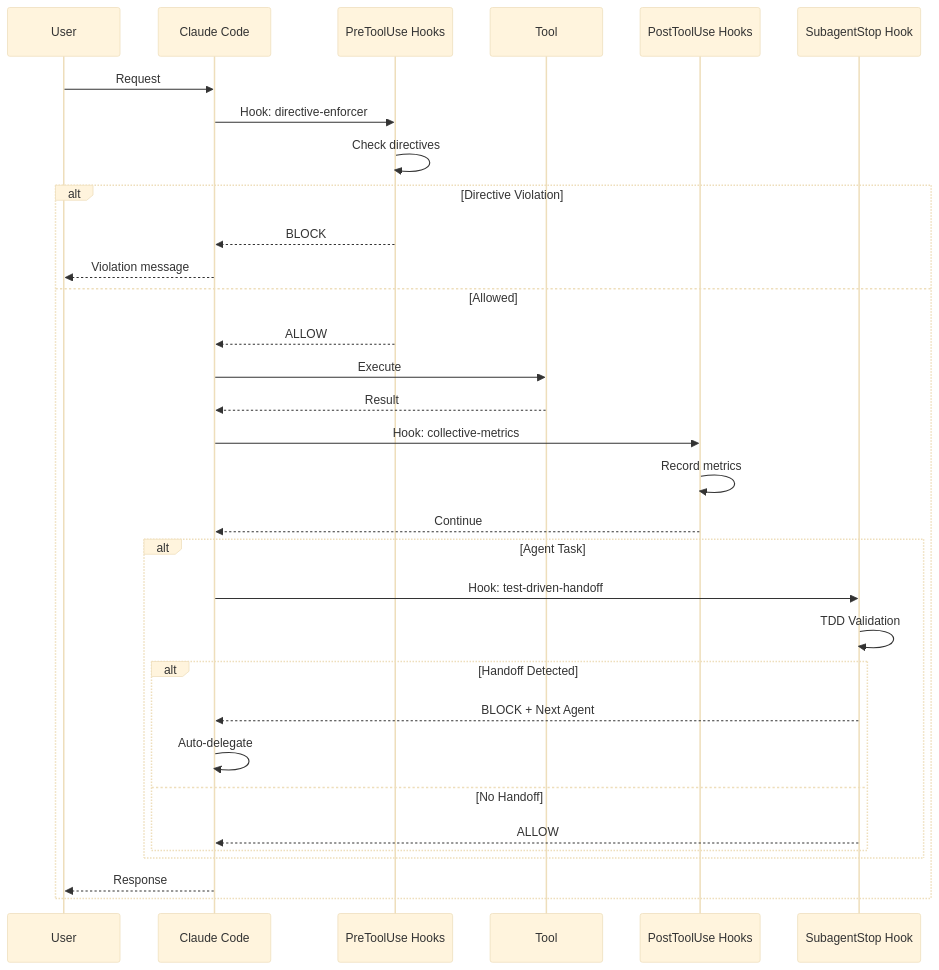
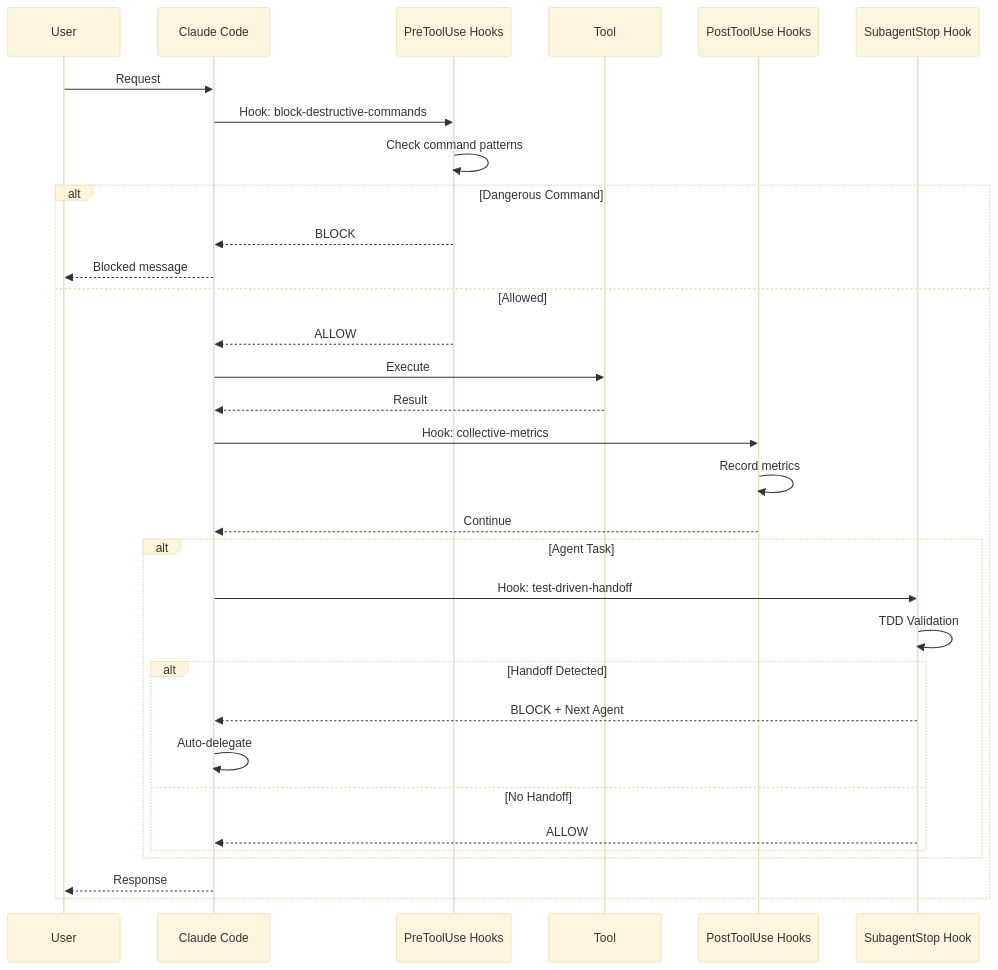
The second of 14 diagrams in docs/HOOKS.md (gkastanis/drupal-claude-code-sub-agent-collective), drawn with Mermaid (base theme) before and after one commit. The commit also changed other lines of this file and 60 other files, not shown here.

````diff
--- a/docs/HOOKS.md
+++ b/docs/HOOKS.md
@@ -50,39 +58,39 @@
 ```mermaid
 sequenceDiagram
     participant User
     participant Claude as Claude Code
     participant Pre as PreToolUse Hooks
     participant Tool
     participant Post as PostToolUse Hooks
     participant Sub as SubagentStop Hook
 
     User->>Claude: Request
-    Claude->>Pre: Hook: directive-enforcer
-    Pre->>Pre: Check directives
+    Claude->>Pre: Hook: block-destructive-commands
+    Pre->>Pre: Check command patterns
 
-    alt Directive Violation
+    alt Dangerous Command
         Pre-->>Claude: BLOCK
-        Claude-->>User: Violation message
+        Claude-->>User: Blocked message
     else Allowed
         Pre-->>Claude: ALLOW
         Claude->>Tool: Execute
         Tool-->>Claude: Result
         Claude->>Post: Hook: collective-metrics
         Post->>Post: Record metrics
         Post-->>Claude: Continue
 
         alt Agent Task
             Claude->>Sub: Hook: test-driven-handoff
             Sub->>Sub: TDD Validation
 
             alt Handoff Detected
                 Sub-->>Claude: BLOCK + Next Agent
                 Claude->>Claude: Auto-delegate
             else No Handoff
                 Sub-->>Claude: ALLOW
             end
         end
 
         Claude-->>User: Response
     end
 ```
````
